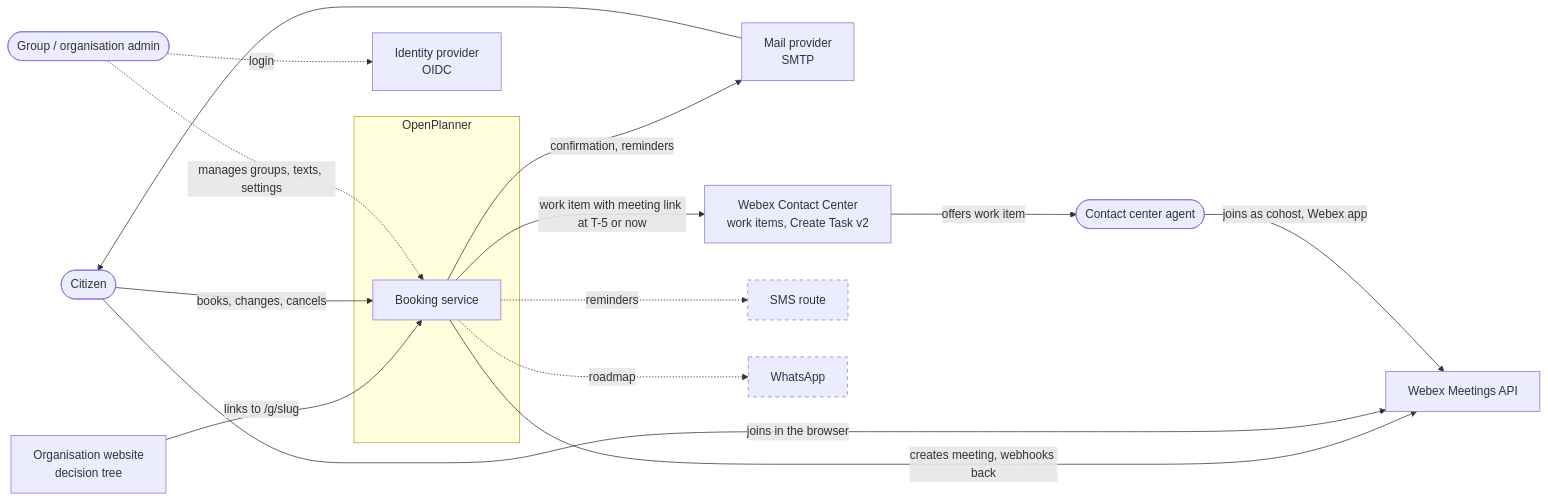
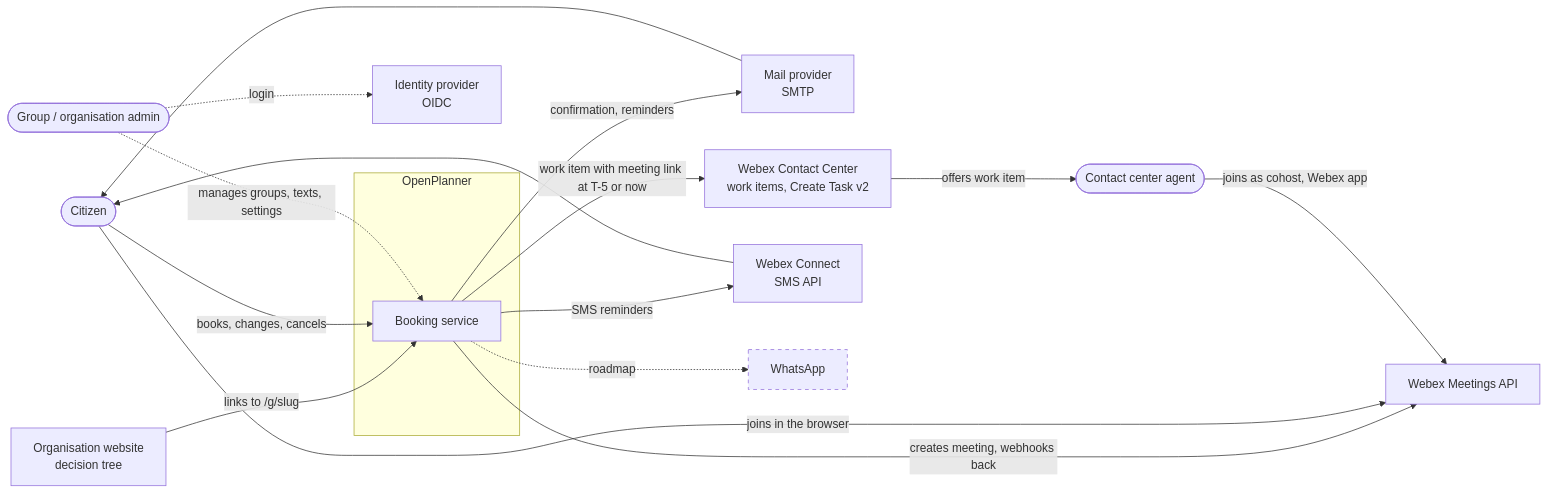
The first of 13 diagrams in docs/architecture.md (3Corners-Labs/OpenPlanner), drawn with Mermaid before and after one commit. The commit also changed other lines of this file and 58 other files, not shown here.

First line of the commit message:
feat: message channels per organisation, SMS reminders and editable texts (ADR 0021)

````diff
--- a/docs/architecture.md
+++ b/docs/architecture.md
@@ -32,34 +32,34 @@
 ```mermaid
 flowchart LR
     citizen([Citizen])
     website[Organisation website<br/>decision tree]
     admin([Group / organisation admin])
     agent([Contact center agent])
 
     subgraph op [OpenPlanner]
         service[Booking service]
     end
 
     smtp[Mail provider<br/>SMTP]
     wxcc[Webex Contact Center<br/>work items, Create Task v2]
     video[Webex Meetings API]
     idp[Identity provider<br/>OIDC]
-    sms[SMS route]
+    sms[Webex Connect<br/>SMS API]
     whatsapp[WhatsApp]
 
     website -- links to /g/slug --> service
     citizen -- books, changes, cancels --> service
     service -- confirmation, reminders --> smtp --> citizen
     admin -. manages groups, texts, settings .-> service
     service -- work item with meeting link at T-5 or now --> wxcc
     wxcc -- offers work item --> agent
     service -- creates meeting, webhooks back --> video
     citizen -- joins in the browser --> video
     agent -- joins as cohost, Webex app --> video
     admin -. login .-> idp
-    service -. reminders .-> sms
+    service -- SMS reminders --> sms --> citizen
     service -. roadmap .-> whatsapp
 
     classDef planned stroke-dasharray: 5 5
-    class sms,whatsapp planned
+    class whatsapp planned
 ```
````
